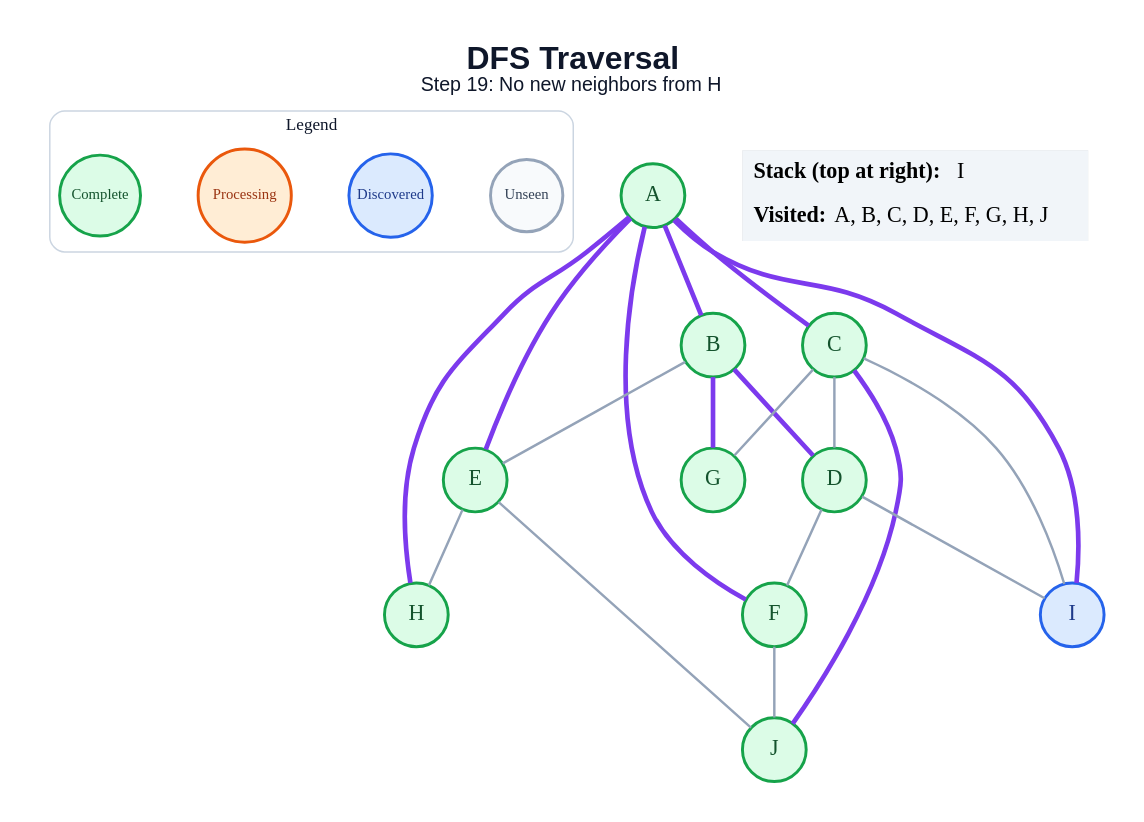
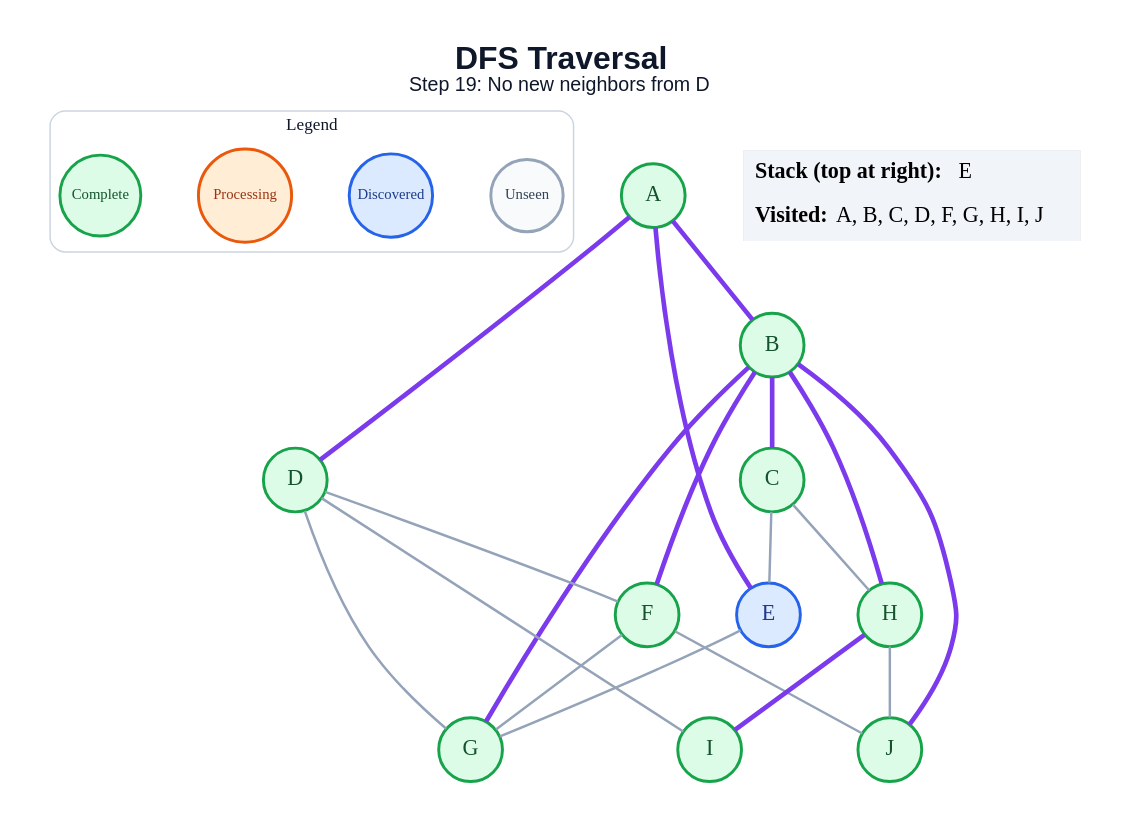
The diagram in generated/dfs/step_19.dot (amanghodawala9/ai-slop), drawn with Graphviz before and after one commit. The commit also changed 178 other files, not shown here.

```diff
--- a/generated/dfs/step_19.dot
+++ b/generated/dfs/step_19.dot
@@ -1,47 +1,47 @@
 graph traversal {
   graph [layout=dot, rankdir=TB, bgcolor="#FFFFFF", pad="0.35", nodesep="0.65", ranksep="0.8", fontname="Arial"];
   node [shape=circle, style="filled", fontname="Arial Bold", fontsize=18, width=0.72, fixedsize=true, penwidth=2.4];
   edge [color="#94A3B8", penwidth=2.0];
-  label=<<B>DFS Traversal</B><BR/><FONT POINT-SIZE="16">Step 19: No new neighbors from H</FONT>>; labelloc="t"; fontsize=26; fontname="Arial"; fontcolor="#0F172A";
+  label=<<B>DFS Traversal</B><BR/><FONT POINT-SIZE="16">Step 19: No new neighbors from D</FONT>>; labelloc="t"; fontsize=26; fontname="Arial"; fontcolor="#0F172A";
   subgraph cluster_legend { label="Legend"; color="#CBD5E1"; penwidth=1.2; style="rounded"; fontsize=14; fontname="Arial Bold";
     key_unseen [label="Unseen", fillcolor="#F8FAFC", color="#94A3B8", fontcolor="#334155", fontsize=12, width=0.82];
     key_frontier [label="Discovered", fillcolor="#DBEAFE", color="#2563EB", fontcolor="#1E3A8A", fontsize=12, width=0.95];
     key_current [label="Processing", fillcolor="#FFEDD5", color="#EA580C", fontcolor="#9A3412", fontsize=12, width=1.05];
     key_done [label="Complete", fillcolor="#DCFCE7", color="#16A34A", fontcolor="#14532D", fontsize=12, width=0.92];
     { rank=same; key_unseen; key_frontier; key_current; key_done; }
   }
   A [fillcolor="#DCFCE7", color="#16A34A", fontcolor="#14532D"];
   B [fillcolor="#DCFCE7", color="#16A34A", fontcolor="#14532D"];
   C [fillcolor="#DCFCE7", color="#16A34A", fontcolor="#14532D"];
   D [fillcolor="#DCFCE7", color="#16A34A", fontcolor="#14532D"];
-  E [fillcolor="#DCFCE7", color="#16A34A", fontcolor="#14532D"];
+  E [fillcolor="#DBEAFE", color="#2563EB", fontcolor="#1E3A8A"];
   F [fillcolor="#DCFCE7", color="#16A34A", fontcolor="#14532D"];
   G [fillcolor="#DCFCE7", color="#16A34A", fontcolor="#14532D"];
   H [fillcolor="#DCFCE7", color="#16A34A", fontcolor="#14532D"];
-  I [fillcolor="#DBEAFE", color="#2563EB", fontcolor="#1E3A8A"];
+  I [fillcolor="#DCFCE7", color="#16A34A", fontcolor="#14532D"];
   J [fillcolor="#DCFCE7", color="#16A34A", fontcolor="#14532D"];
   A -- B [color="#7C3AED", penwidth=3.8];
-  A -- C [color="#7C3AED", penwidth=3.8];
+  A -- D [color="#7C3AED", penwidth=3.8];
   A -- E [color="#7C3AED", penwidth=3.8];
-  A -- F [color="#7C3AED", penwidth=3.8];
-  A -- H [color="#7C3AED", penwidth=3.8];
-  A -- I [color="#7C3AED", penwidth=3.8];
-  B -- D [color="#7C3AED", penwidth=3.8];
-  B -- E;
+  B -- C [color="#7C3AED", penwidth=3.8];
+  B -- F [color="#7C3AED", penwidth=3.8];
   B -- G [color="#7C3AED", penwidth=3.8];
-  C -- D;
-  C -- G;
-  C -- I;
-  C -- J [color="#7C3AED", penwidth=3.8];
+  B -- H [color="#7C3AED", penwidth=3.8];
+  B -- J [color="#7C3AED", penwidth=3.8];
+  C -- E;
+  C -- H;
   D -- F;
+  D -- G;
   D -- I;
-  E -- H;
-  E -- J;
+  E -- G;
+  F -- G;
   F -- J;
+  H -- I [color="#7C3AED", penwidth=3.8];
+  H -- J;
   status [shape=plain, fixedsize=false, width=0, height=0, margin=0, label=<
     <TABLE BORDER="0" CELLBORDER="0" CELLPADDING="7" BGCOLOR="#F1F5F9">
-      <TR><TD ALIGN="LEFT"><B>Stack (top at right):</B> I</TD></TR>
-      <TR><TD ALIGN="LEFT"><B>Visited:</B> A, B, C, D, E, F, G, H, J</TD></TR>
+      <TR><TD ALIGN="LEFT"><B>Stack (top at right):</B> E</TD></TR>
+      <TR><TD ALIGN="LEFT"><B>Visited:</B> A, B, C, D, F, G, H, I, J</TD></TR>
     </TABLE>
   >];
 }
```
